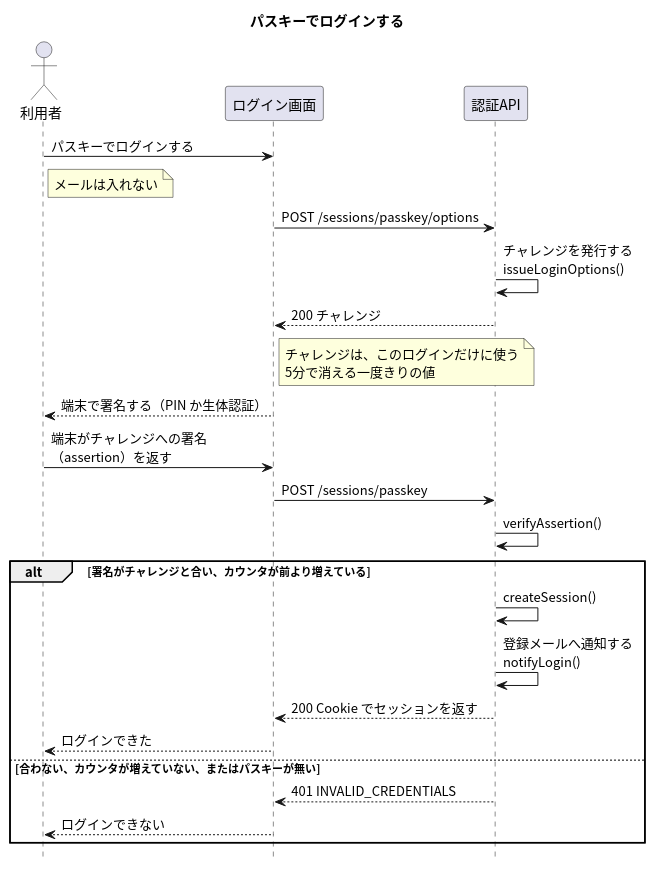
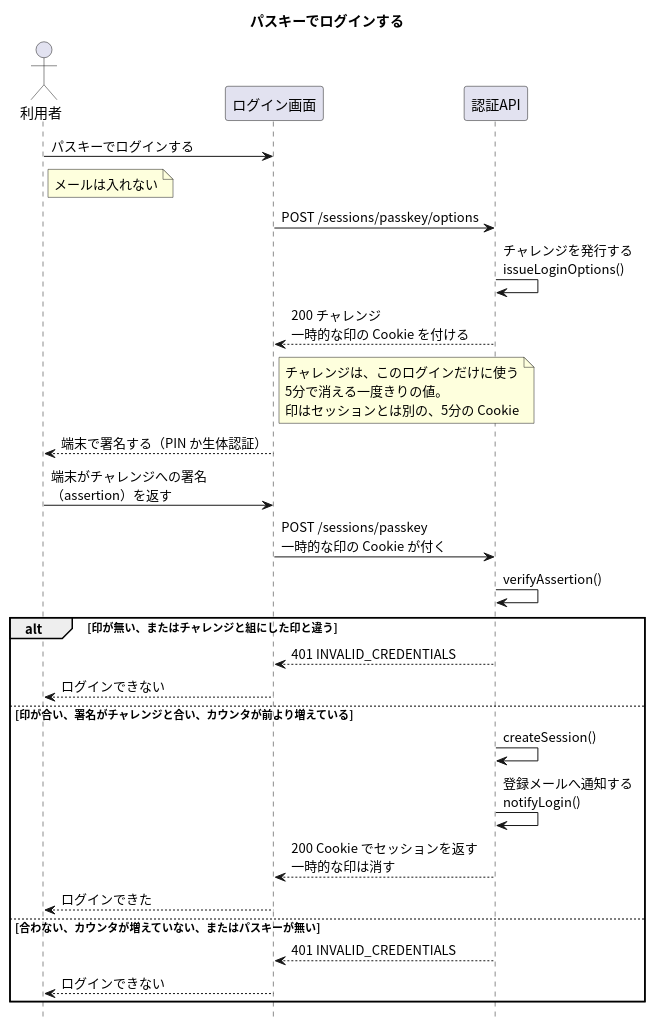
The diagram in apis/login-passkey/入口.puml (masamasamasato/design-doc-template), drawn with PlantUML before and after one commit. The commit also changed 17 other files, not shown here.

```diff
--- a/apis/login-passkey/入口.puml
+++ b/apis/login-passkey/入口.puml
@@ -1,32 +1,35 @@
 @startuml
 skinparam shadowing false
 skinparam defaultFontName "Noto Sans CJK JP"
 skinparam SequenceFontName "Noto Sans CJK JP"
 hide footbox
 
 title パスキーでログインする
 
 actor "利用者" as User
 participant "ログイン画面" as Screen
 participant "認証API" as API
 
 User -> Screen : パスキーでログインする
 note right of User : メールは入れない
 Screen -> API : POST /sessions/passkey/options
 API -> API : チャレンジを発行する\nissueLoginOptions()
-API --> Screen : 200 チャレンジ
-note right of Screen : チャレンジは、このログインだけに使う\n5分で消える一度きりの値
+API --> Screen : 200 チャレンジ\n一時的な印の Cookie を付ける
+note right of Screen : チャレンジは、このログインだけに使う\n5分で消える一度きりの値。\n印はセッションとは別の、5分の Cookie
 Screen --> User : 端末で署名する（PIN か生体認証）
 User -> Screen : 端末がチャレンジへの署名\n（assertion）を返す
-Screen -> API : POST /sessions/passkey
+Screen -> API : POST /sessions/passkey\n一時的な印の Cookie が付く
 API -> API : verifyAssertion()
-alt 署名がチャレンジと合い、カウンタが前より増えている
+alt 印が無い、またはチャレンジと組にした印と違う
+  API --> Screen : 401 INVALID_CREDENTIALS
+  Screen --> User : ログインできない
+else 印が合い、署名がチャレンジと合い、カウンタが前より増えている
   API -> API : createSession()
   API -> API : 登録メールへ通知する\nnotifyLogin()
-  API --> Screen : 200 Cookie でセッションを返す
+  API --> Screen : 200 Cookie でセッションを返す\n一時的な印は消す
   Screen --> User : ログインできた
 else 合わない、カウンタが増えていない、またはパスキーが無い
   API --> Screen : 401 INVALID_CREDENTIALS
   Screen --> User : ログインできない
 end
 @enduml
```
